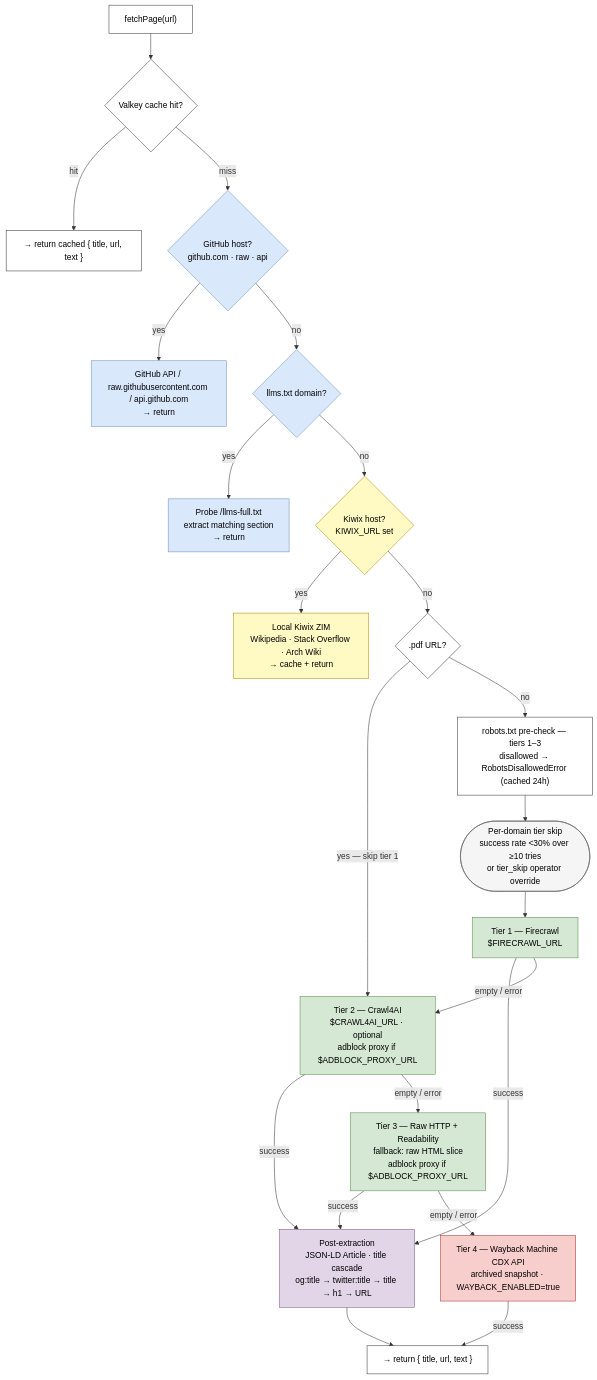
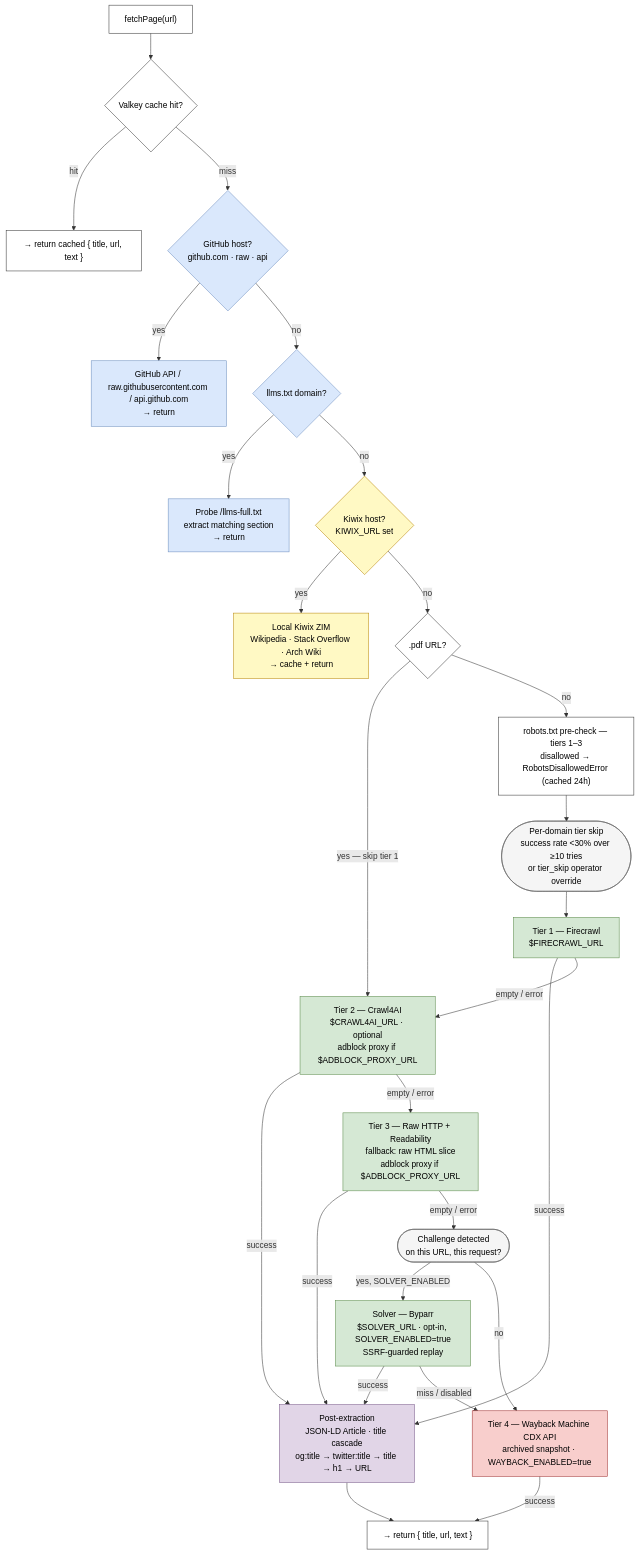
Before and after one commit to TadMSTR/searxng-mcp: the diagram in README.md, drawn with Mermaid. The commit also changed other lines of this file, not shown here.

First line of the commit message:
docs(searxng-mcp): document challenge detection and Byparr solver tier (v3.19.0)

````diff
--- a/README.md
+++ b/README.md
@@ -88,62 +89,70 @@
 ```mermaid
 flowchart TD
     entry["fetchPage(url)"]
     cache{"Valkey cache hit?"}
     cached["→ return cached { title, url, text }"]
     github{"GitHub host?\ngithub.com · raw · api"}
     gh_fetch["GitHub API / raw.githubusercontent.com / api.github.com\n→ return"]
     llms{"llms.txt domain?"}
     llms_fetch["Probe /llms-full.txt\nextract matching section\n→ return"]
     kiwix{"Kiwix host?\nKIWIX_URL set"}
     kiwix_fetch["Local Kiwix ZIM\nWikipedia · Stack Overflow · Arch Wiki\n→ cache + return"]
     pdf{".pdf URL?"}
     robots["robots.txt pre-check — tiers 1–3\ndisallowed → RobotsDisallowedError (cached 24h)"]
     tier_skip(["Per-domain tier skip\nsuccess rate &lt;30% over ≥10 tries\nor tier_skip operator override"])
     t1["Tier 1 — Firecrawl\n$FIRECRAWL_URL"]
     t2["Tier 2 — Crawl4AI\n$CRAWL4AI_URL · optional\nadblock proxy if $ADBLOCK_PROXY_URL"]
     t3["Tier 3 — Raw HTTP + Readability\nfallback: raw HTML slice\nadblock proxy if $ADBLOCK_PROXY_URL"]
+    challenge(["Challenge detected\non this URL, this request?"])
+    solver["Solver — Byparr\n$SOLVER_URL · opt-in, SOLVER_ENABLED=true\nSSRF-guarded replay"]
     t4["Tier 4 — Wayback Machine CDX API\narchived snapshot · WAYBACK_ENABLED=true"]
     post["Post-extraction\nJSON-LD Article · title cascade\nog:title → twitter:title → title → h1 → URL"]
     result["→ return { title, url, text }"]
 
     entry --> cache
     cache -->|hit| cached
     cache -->|miss| github
     github -->|yes| gh_fetch
     github -->|no| llms
     llms -->|yes| llms_fetch
     llms -->|no| kiwix
     kiwix -->|yes| kiwix_fetch
     kiwix -->|no| pdf
     pdf -->|"yes — skip tier 1"| t2
     pdf -->|no| robots
     robots --> tier_skip
     tier_skip --> t1
     t1 -->|success| post
     t1 -->|"empty / error"| t2
     t2 -->|success| post
     t2 -->|"empty / error"| t3
     t3 -->|success| post
-    t3 -->|"empty / error"| t4
+    t3 -->|"empty / error"| challenge
+    challenge -->|"yes, SOLVER_ENABLED"| solver
+    challenge -->|no| t4
+    solver -->|success| post
+    solver -->|"miss / disabled"| t4
     t4 -->|success| result
     post --> result
 
     style entry fill:#ffffff,stroke:#333333,color:#000000
     style cache fill:#ffffff,stroke:#333333,color:#000000
     style cached fill:#ffffff,stroke:#333333,color:#000000
     style github fill:#dae8fc,stroke:#6c8ebf,color:#000000
     style gh_fetch fill:#dae8fc,stroke:#6c8ebf,color:#000000
     style llms fill:#dae8fc,stroke:#6c8ebf,color:#000000
     style llms_fetch fill:#dae8fc,stroke:#6c8ebf,color:#000000
     style kiwix fill:#fff9c4,stroke:#b8860b,color:#000000
     style kiwix_fetch fill:#fff9c4,stroke:#b8860b,color:#000000
     style pdf fill:#ffffff,stroke:#333333,color:#000000
     style robots fill:#ffffff,stroke:#333333,color:#000000
     style tier_skip fill:#f5f5f5,stroke:#666666,color:#000000
     style t1 fill:#d5e8d4,stroke:#5a8a4a,color:#000000
     style t2 fill:#d5e8d4,stroke:#5a8a4a,color:#000000
     style t3 fill:#d5e8d4,stroke:#5a8a4a,color:#000000
+    style challenge fill:#f5f5f5,stroke:#666666,color:#000000
+    style solver fill:#d5e8d4,stroke:#5a8a4a,color:#000000
     style t4 fill:#f8cecc,stroke:#a03030,color:#000000
     style post fill:#e1d5e7,stroke:#7a5a8a,color:#000000
     style result fill:#ffffff,stroke:#333333,color:#000000
 ```
````
